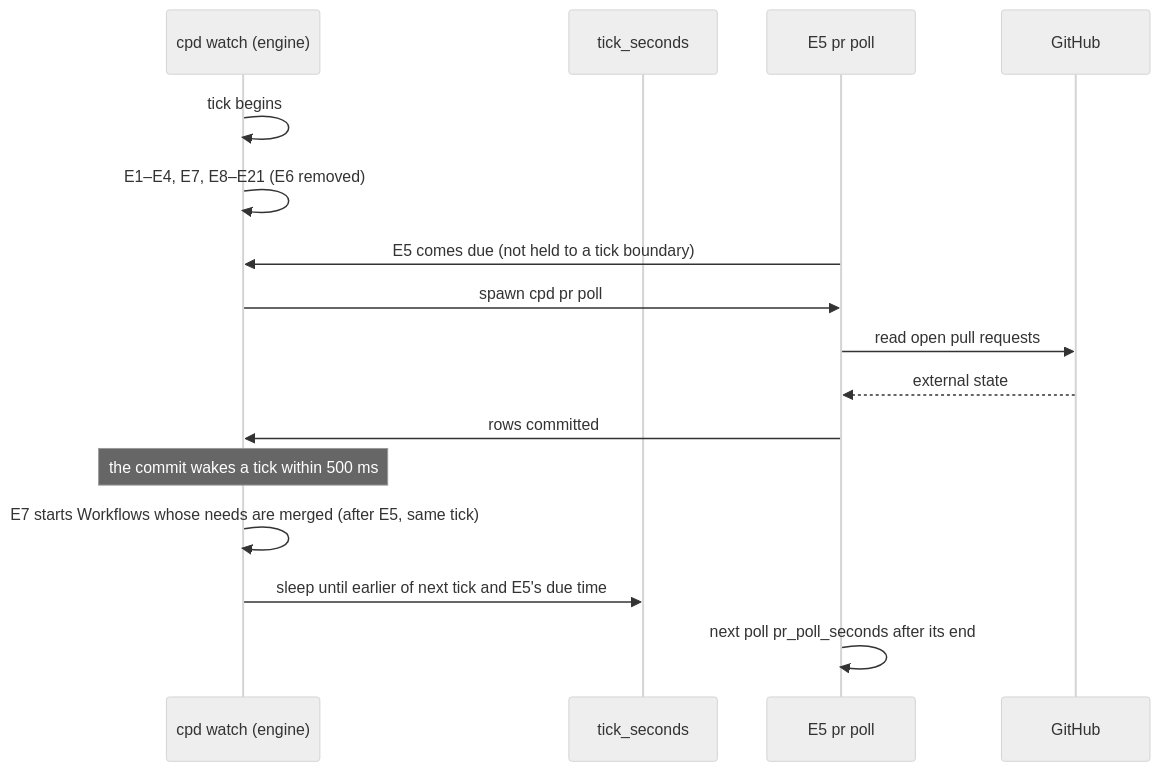
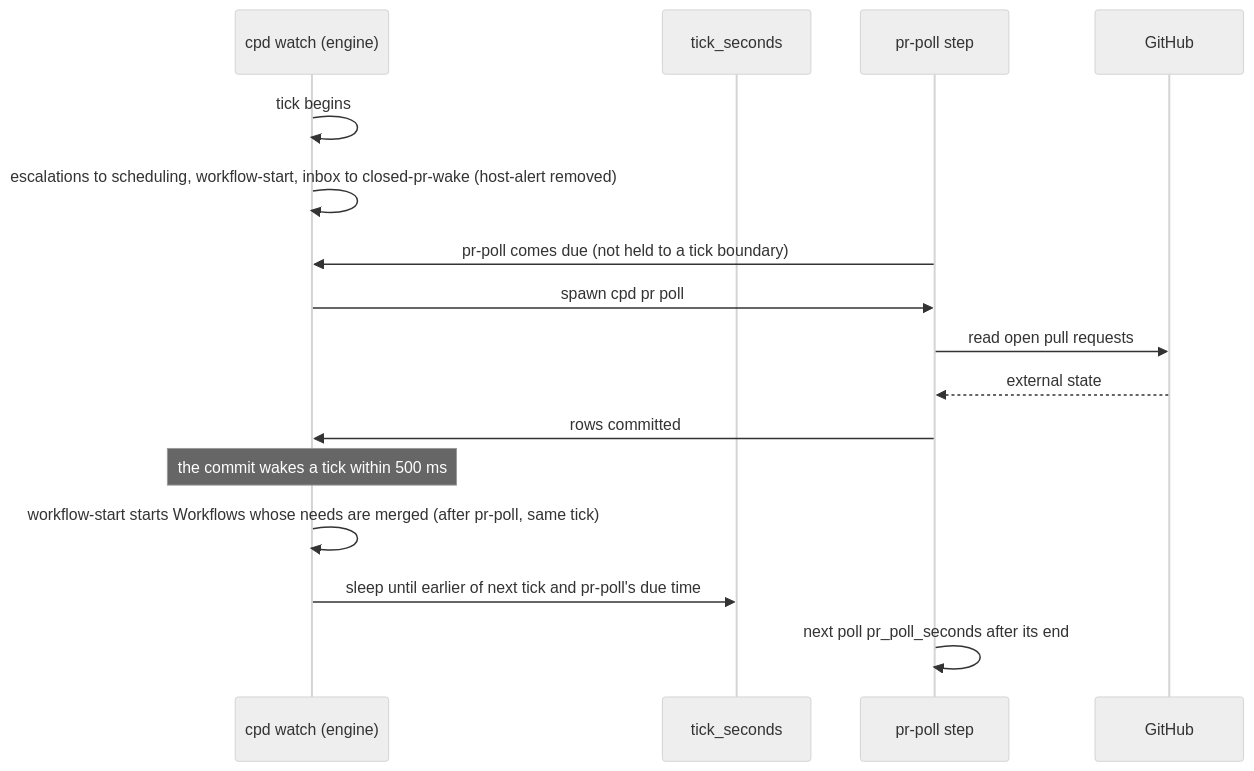
The third of 3 diagrams in docs/architecture/clocks.md (clayton-duarte/cpd), drawn with Mermaid (neutral theme) before and after one commit. The commit also changed other lines of this file and 23 other files, not shown here.

````diff
--- a/docs/architecture/clocks.md
+++ b/docs/architecture/clocks.md
@@ -78,18 +78,18 @@
 ```mermaid
 sequenceDiagram
     participant Eng as cpd watch (engine)
     participant Tick as tick_seconds
-    participant Poll as E5 pr poll
+    participant Poll as pr-poll step
     participant GH as GitHub
     Eng->>Eng: tick begins
-    Eng->>Eng: E1–E4, E7, E8–E21 (E6 removed)
-    Poll->>Eng: E5 comes due (not held to a tick boundary)
+    Eng->>Eng: escalations to scheduling, workflow-start, inbox to closed-pr-wake (host-alert removed)
+    Poll->>Eng: pr-poll comes due (not held to a tick boundary)
     Eng->>Poll: spawn cpd pr poll
     Poll->>GH: read open pull requests
     GH-->>Poll: external state
     Poll->>Eng: rows committed
     Note over Eng: the commit wakes a tick within 500 ms
-    Eng->>Eng: E7 starts Workflows whose needs are merged (after E5, same tick)
-    Eng->>Tick: sleep until earlier of next tick and E5's due time
+    Eng->>Eng: workflow-start starts Workflows whose needs are merged (after pr-poll, same tick)
+    Eng->>Tick: sleep until earlier of next tick and pr-poll's due time
     Poll->>Poll: next poll pr_poll_seconds after its end
 ```
````
